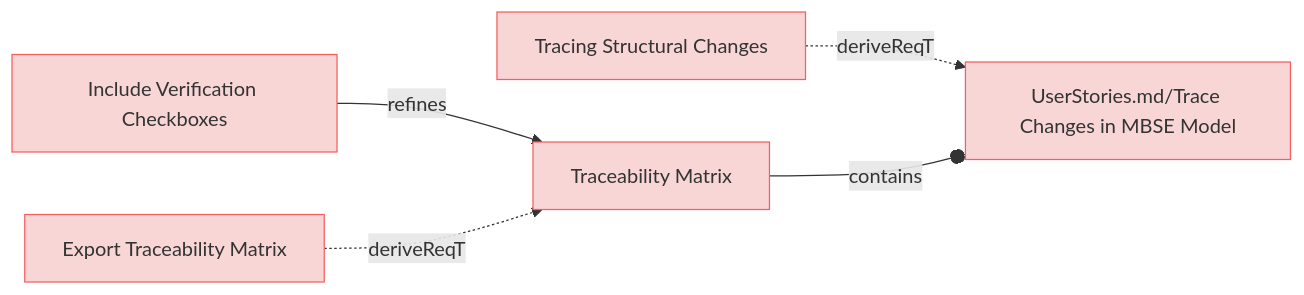
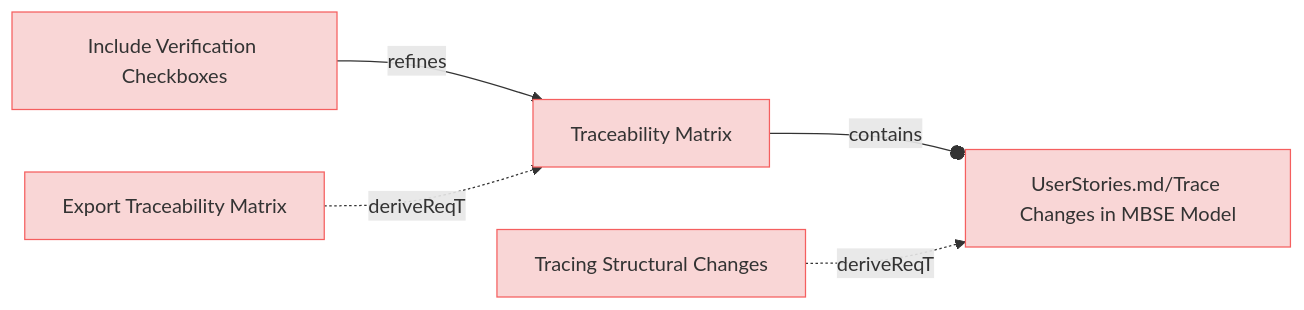
The sixth of 9 diagrams in specifications/UserRequirements.md (reqvire-org/reqvire), drawn with Mermaid before and after one commit. The commit also changed other lines of this file and 29 other files, not shown here.

````diff
--- a/specifications/UserRequirements.md
+++ b/specifications/UserRequirements.md
@@ -401,28 +401,28 @@
 ```mermaid
 graph LR;
   %% Graph styling
   classDef requirement fill:#f9d6d6,stroke:#f55f5f,stroke-width:1px;
   classDef verification fill:#d6f9d6,stroke:#5fd75f,stroke-width:1px;
   classDef externalLink fill:#d0e0ff,stroke:#3080ff,stroke-width:1px;
   classDef default fill:#f5f5f5,stroke:#333333,stroke-width:1px;
 
-  d7b7b13a5b8d96e1["Tracing Structural Changes"];
-  class d7b7b13a5b8d96e1 requirement;
-  click d7b7b13a5b8d96e1 "UserRequirements.md#tracing-structural-changes";
+  4e30ea0930dc9c26["Traceability Matrix"];
+  class 4e30ea0930dc9c26 requirement;
+  click 4e30ea0930dc9c26 "UserRequirements.md#traceability-matrix";
   5ef9c8ae19a9f55a["UserStories.md/Trace Changes in MBSE Model"];
   class 5ef9c8ae19a9f55a requirement;
   click 5ef9c8ae19a9f55a "UserStories.md#trace-changes-in-mbse-model";
-  d7b7b13a5b8d96e1 -.->|deriveReqT| 5ef9c8ae19a9f55a;
-  4e30ea0930dc9c26["Traceability Matrix"];
-  class 4e30ea0930dc9c26 requirement;
-  click 4e30ea0930dc9c26 "UserRequirements.md#traceability-matrix";
   4e30ea0930dc9c26 --o|contains| 5ef9c8ae19a9f55a;
   6d32b919c82784b7["Include Verification Checkboxes"];
   class 6d32b919c82784b7 requirement;
   click 6d32b919c82784b7 "UserRequirements.md#include-verification-checkboxes";
   6d32b919c82784b7 -->|refines| 4e30ea0930dc9c26;
+  d7b7b13a5b8d96e1["Tracing Structural Changes"];
+  class d7b7b13a5b8d96e1 requirement;
+  click d7b7b13a5b8d96e1 "UserRequirements.md#tracing-structural-changes";
+  d7b7b13a5b8d96e1 -.->|deriveReqT| 5ef9c8ae19a9f55a;
   7de9a55d6102af23["Export Traceability Matrix"];
   class 7de9a55d6102af23 requirement;
   click 7de9a55d6102af23 "UserRequirements.md#export-traceability-matrix";
   7de9a55d6102af23 -.->|deriveReqT| 4e30ea0930dc9c26;
 ```
````
